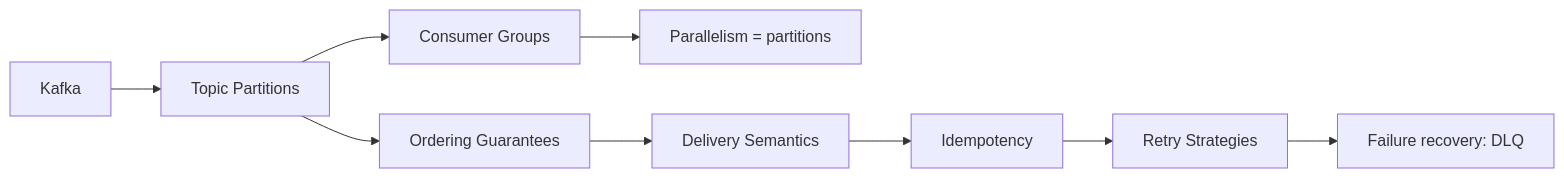
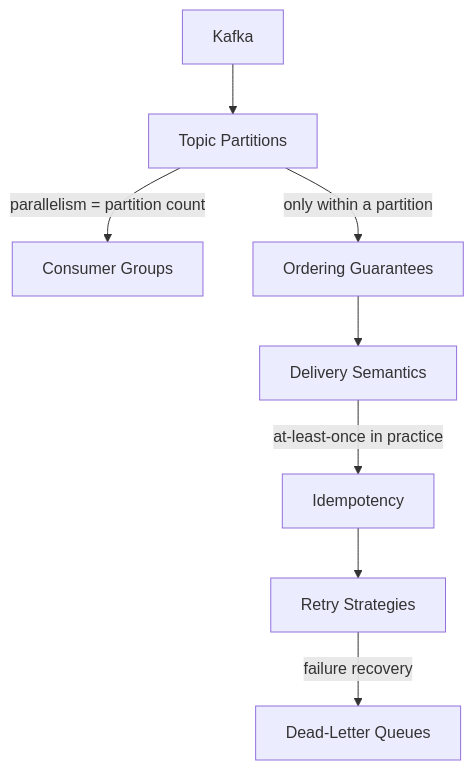
One commit to kunal-ladh/learn-system-design changed the first of 6 diagrams in HLD/01 HLD & System Design/Knowledge Graph.md. Above: the diagram before and after it, drawn with Mermaid. The commit also changed other lines of this file and 195 other files, not shown here.

````diff
--- a/HLD/01 HLD & System Design/Knowledge Graph.md
+++ b/HLD/01 HLD & System Design/Knowledge Graph.md
@@ -20,11 +20,11 @@
 ```mermaid
-flowchart LR
+flowchart TB
     K[Kafka] --> P[Topic Partitions]
-    P --> CG[Consumer Groups]
-    CG --> PAR["Parallelism = partitions"]
-    P --> O[Ordering Guarantees]
+    P -- "parallelism = partition count" --> CG[Consumer Groups]
+    P -- "only within a partition" --> O[Ordering Guarantees]
     O --> D[Delivery Semantics]
-    D --> I[Idempotency]
+    D -- "at-least-once in practice" --> I[Idempotency]
     I --> R[Retry Strategies]
-    R --> F["Failure recovery: DLQ"]
+    R -- "failure recovery" --> F[Dead-Letter Queues]
+    class CG,D,F,I,K,O,P,R internal-link;
 ```
````
